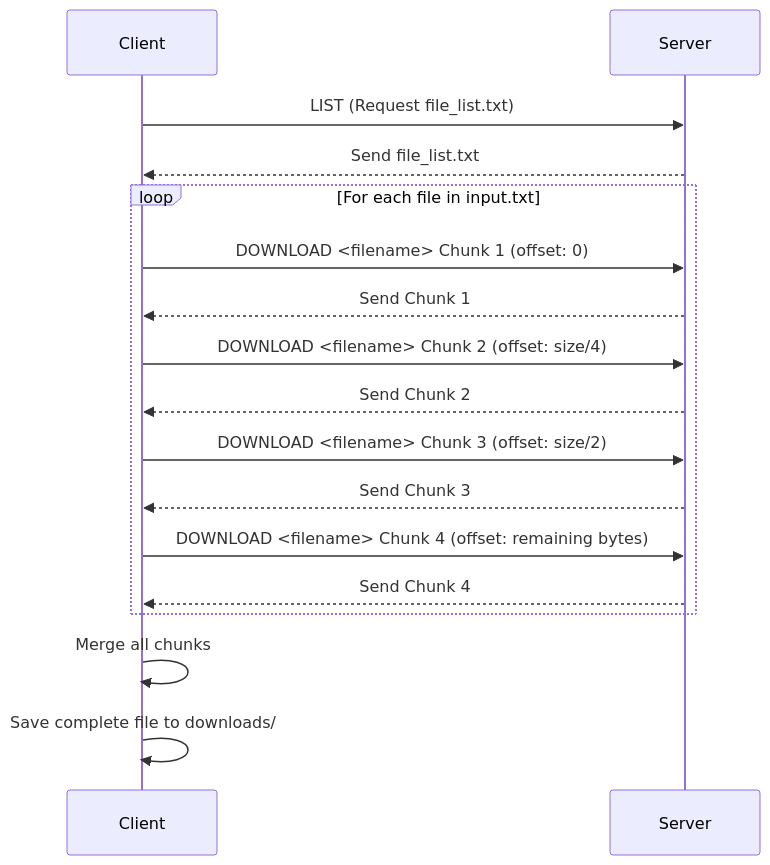
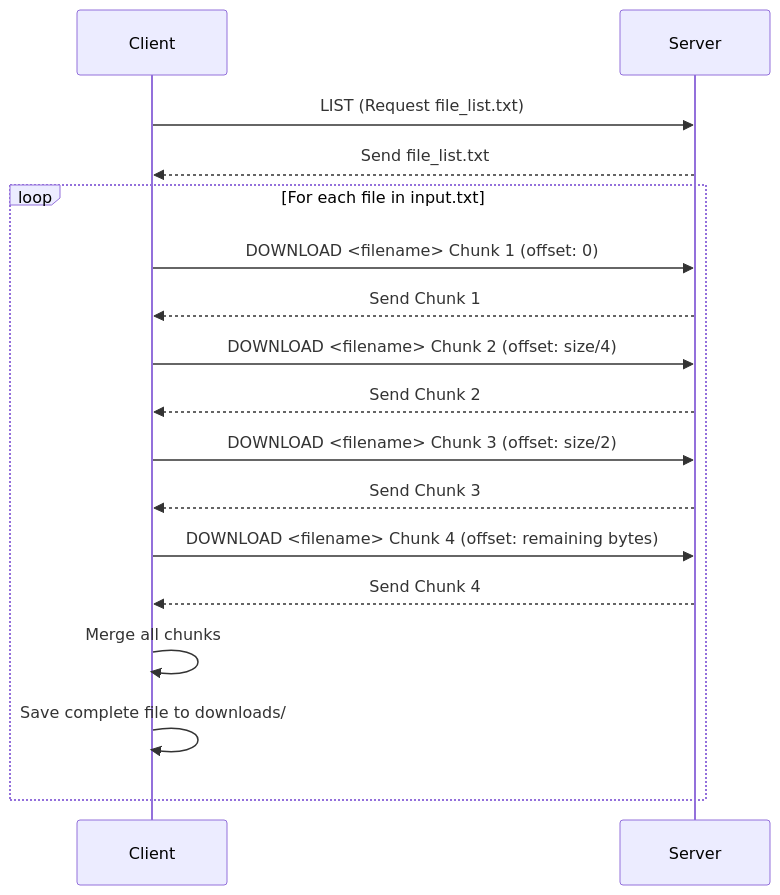
Before and after one commit to Phuquy1805/NetworkingProject: the first of 2 diagrams in README.md, drawn with Mermaid. The commit also changed other lines of this file, not shown here.

````diff
--- a/README.md
+++ b/README.md
@@ -42,26 +42,27 @@
 ```mermaid
 sequenceDiagram
     participant Client
     participant Server
 
     Client->>Server: LIST (Request file_list.txt)
     Server-->>Client: Send file_list.txt
 
     loop For each file in input.txt
         Client->>Server: DOWNLOAD <filename> Chunk 1 (offset: 0)
         Server-->>Client: Send Chunk 1
 
         Client->>Server: DOWNLOAD <filename> Chunk 2 (offset: size/4)
         Server-->>Client: Send Chunk 2
 
         Client->>Server: DOWNLOAD <filename> Chunk 3 (offset: size/2)
         Server-->>Client: Send Chunk 3
 
         Client->>Server: DOWNLOAD <filename> Chunk 4 (offset: remaining bytes)
         Server-->>Client: Send Chunk 4
-    end
+    
 
-    Client->>Client: Merge all chunks
-    Client->>Client: Save complete file to downloads/
+        Client->>Client: Merge all chunks
+        Client->>Client: Save complete file to downloads/
+  end
 
 ```
````
